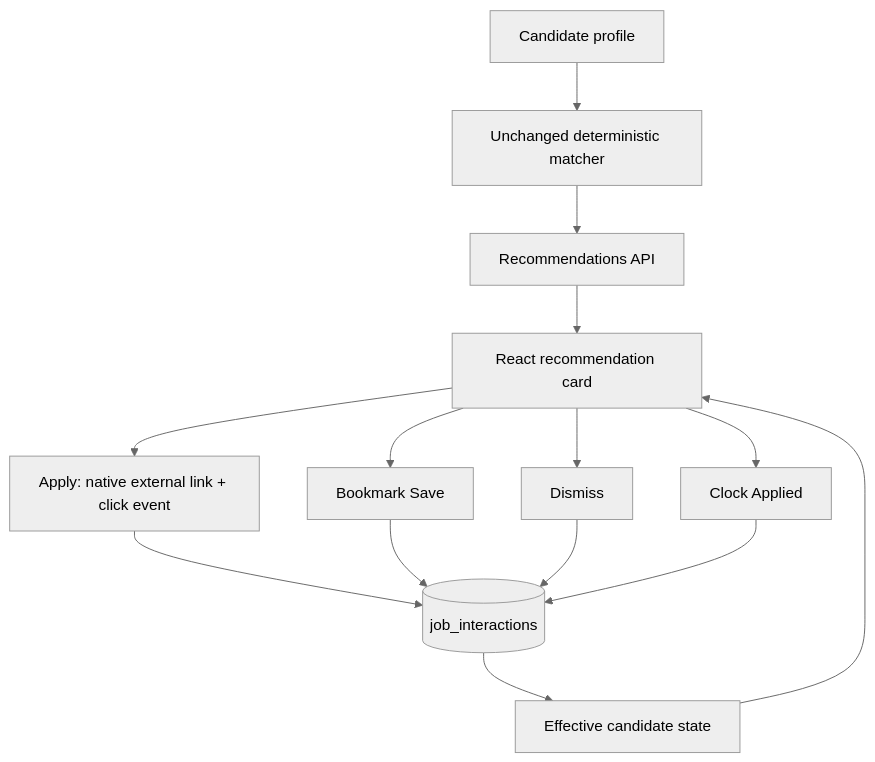
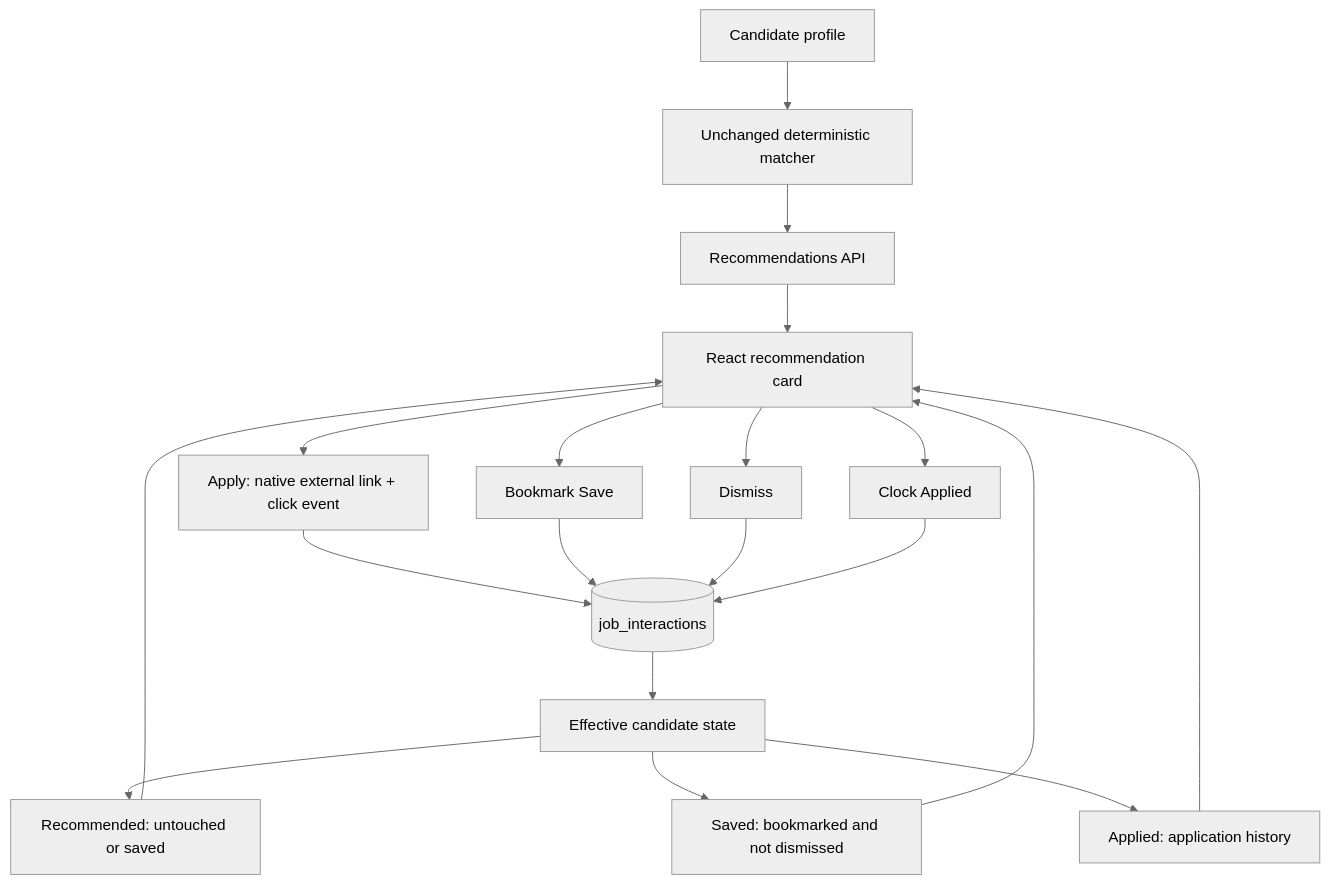
The diagram in docs/interactions.md (aymaanalamgir/internshipfeed), drawn with Mermaid (neutral theme) before and after one commit. The commit also changed other lines of this file and 23 other files, not shown here.

````diff
--- a/docs/interactions.md
+++ b/docs/interactions.md
@@ -5,16 +5,21 @@
 ```mermaid
 flowchart TD
     P[Candidate profile] --> M[Unchanged deterministic matcher]
     M --> R[Recommendations API]
     R --> C[React recommendation card]
     C --> A[Apply: native external link + click event]
     C --> S[Bookmark Save]
     C --> D[Dismiss]
     C --> AP[Clock Applied]
     A --> E[(job_interactions)]
     S --> E
     D --> E
     AP --> E
     E --> ST[Effective candidate state]
-    ST --> C
+    ST --> R2[Recommended: untouched or saved]
+    ST --> S2[Saved: bookmarked and not dismissed]
+    ST --> A2[Applied: application history]
+    R2 --> C
+    S2 --> C
+    A2 --> C
 ```
````
